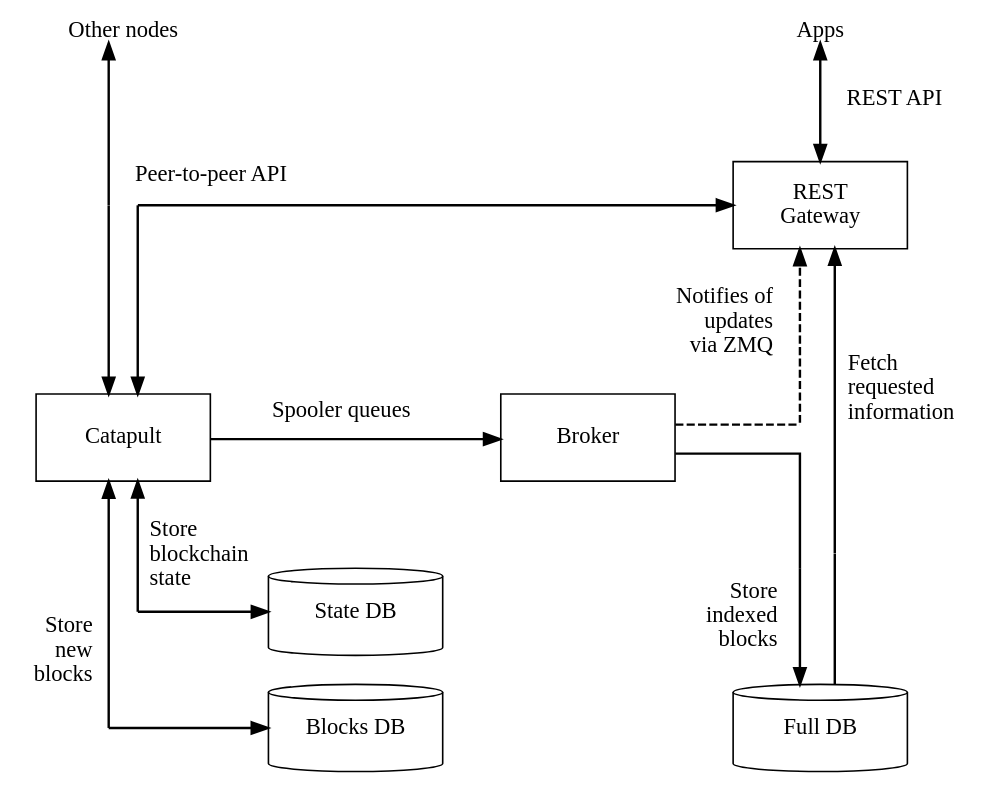
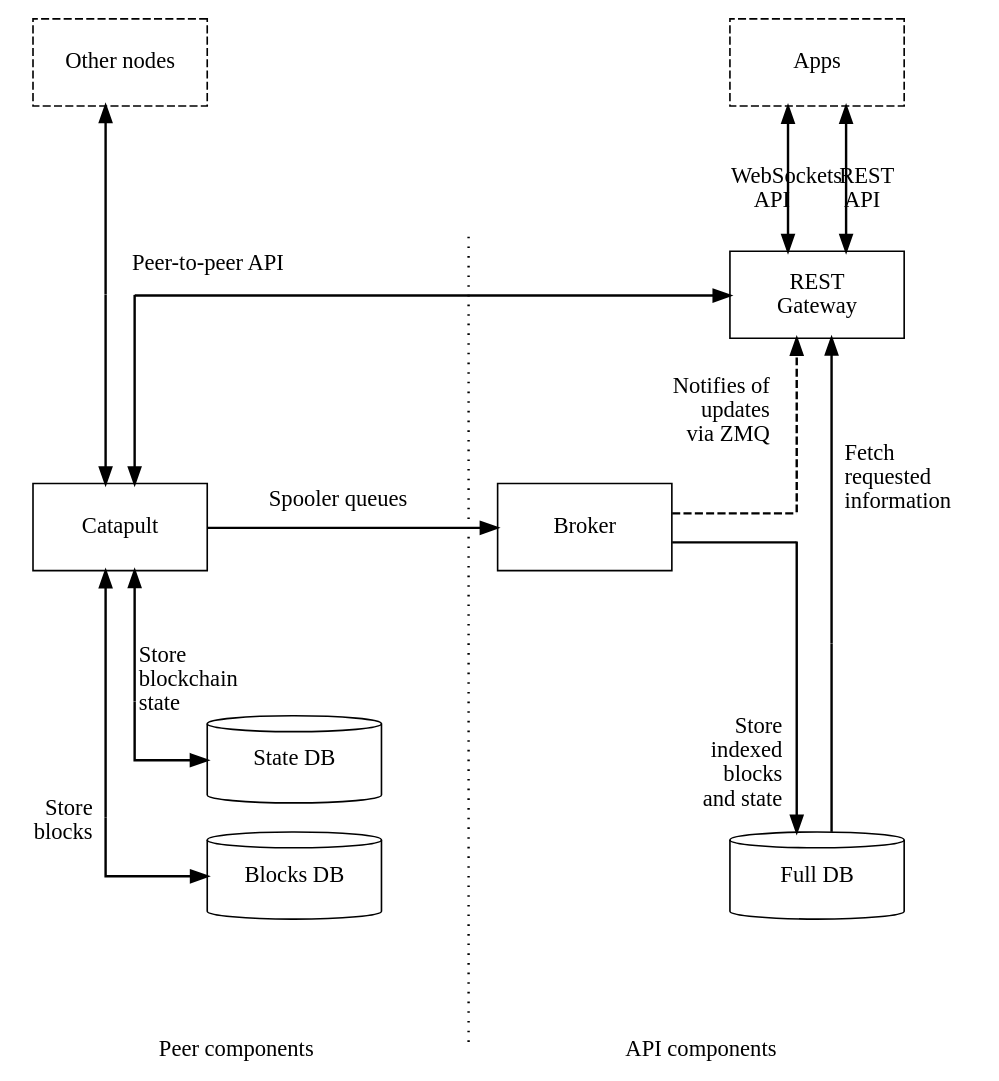
One commit to symbol/symbol changed the first of 2 diagrams in mkdocs/pages/en/textbook/nodes.md. Above: the diagram before and after it, drawn with Graphviz. The commit also changed other lines of this file and 1 other file, not shown here.

Commit message:
[mkdocs] fix: reviewer feedback on the textbook

````diff
--- a/mkdocs/pages/en/textbook/nodes.md
+++ b/mkdocs/pages/en/textbook/nodes.md
@@ -21,49 +21,56 @@
 ```dot
 digraph SymbolNode {
     layout=neato;
     splines=ortho;
     node [shape=box width=1.5 height=0.75];
     edge [penwidth=1.5]
 
     // External labels
-    OtherNodes [label="Other nodes" shape=plain fillcolor=transparent pos="0,6!"];
-    Clients    [label="Apps" shape=plain fillcolor=transparent pos="6,6!"];
+    OtherNodes [label="Other nodes" style=dashed fillcolor=transparent pos="0,6.5!"];
+    Clients    [label="Apps" style=dashed fillcolor=transparent pos="6,6.5!"];
 
     // Core components
     Catapult   [label="Catapult" pos="0,2.5!" URL="#catapult"];
     REST       [label="REST\nGateway" pos="6,4.5!" URL="#rest-gateway"];
-    RocksDB    [label="State DB" pos="2,1!" shape=cylinder URL="#state-database"];
-    Disk       [label="Blocks DB" pos="2,0!" shape=cylinder URL="#blocks-database"];
-    MongoDB    [label="Full DB" pos="6,0!" shape=cylinder URL="#full-database"];
+    RocksDB    [label="State DB" pos="1.5,0.5!" shape=cylinder URL="#state-database"];
+    Disk       [label="Blocks DB" pos="1.5,-0.5!" shape=cylinder URL="#blocks-database"];
+    MongoDB    [label="Full DB" pos="6,-0.5!" shape=cylinder URL="#full-database"];
     Broker     [label="Broker" pos="4,2.5!" URL="#broker"];
 
     // Waypoints
     OtherNodesWP [shape=point width=0 pos="-0.125,4.5!"]
     OtherNodesWP2 [shape=point width=0 pos="0.125,4.5!"]
     RocksDBWP  [shape=point width=0 pos="0.125,1!"];
     DiskWP     [shape=point width=0 pos="-0.125,0!"];
-    MongoDBWP  [shape=point width=0 pos="5.825,1.375!"];
+    MongoDBWP  [shape=point width=0 pos="5.825,2.375!"];
     RESTWP     [shape=point width=0 pos="5.825,2.625!"];
     RESTWP2    [shape=point width=0 pos="6.125,1.5!"];
 
     // External
     OtherNodesWP -> Catapult [headlabel="Peer-to-peer API" labelangle=-25 labeldistance=15];
     OtherNodesWP -> OtherNodes;
-    REST -> Clients [dir=both headlabel="REST API" labelangle=-50 labeldistance=6];
+    REST -> Clients [dir=both headlabel="REST\rAPI" labelangle=-50 labeldistance=6];
+    REST -> Clients [dir=both headlabel="WebSockets\rAPI" labelangle=50 labeldistance=6];
 
     // Internal
     OtherNodesWP2 -> REST;
     OtherNodesWP2 -> Catapult;
     Catapult -> RocksDBWP:s [dir=back];
     Catapult -> Broker [headlabel="Spooler queues" labelangle=-10 labeldistance=10];
-    RocksDBWP -> RocksDB [headlabel="Store\lblockchain\lstate\l" labelangle=-45 labeldistance=5];
+    RocksDBWP -> RocksDB [headlabel="Store\lblockchain\lstate\l" labelangle=-85 labeldistance=5];
     Catapult -> DiskWP:s [dir=back];
-    DiskWP:w -> Disk [headlabel="Store\rnew\rblocks\r" labelangle=-20 labeldistance=14];
+    DiskWP:w -> Disk [headlabel="Store\rblocks\r" labelangle=-20 labeldistance=10];
     Broker -> MongoDBWP [dir=none];
-    MongoDBWP:n -> MongoDB [headlabel="Store\rindexed\rblocks\r" labelangle=45 labeldistance=6];
+    MongoDBWP:n -> MongoDB [headlabel="Store\rindexed\rblocks\rand state\r" labelangle=45 labeldistance=6];
     Broker -> RESTWP [dir=none style=dashed];
     RESTWP -> REST [headlabel="Notifies of\rupdates\rvia ZMQ\r" style=dashed labelangle=-50 labeldistance=7 URL="#zero-mq"];
     MongoDB -> RESTWP2 [dir=none];
     RESTWP2 -> REST [headlabel="Fetch\lrequested\linformation\l" labelangle=30 labeldistance=10];
+
+    MidWP1     [shape=point width=0 pos="3,5!"];
+    MidWP2     [shape=point width=0 pos="3,-2!"];
+    MidWP1 -> MidWP2 [dir=none style=dotted];
+    PeerLabel  [label="Peer components" shape=plain pos="1,-2!"]
+    RESTLabel  [label="API components" shape=plain pos="5,-2!"]
 }
 ```
````
